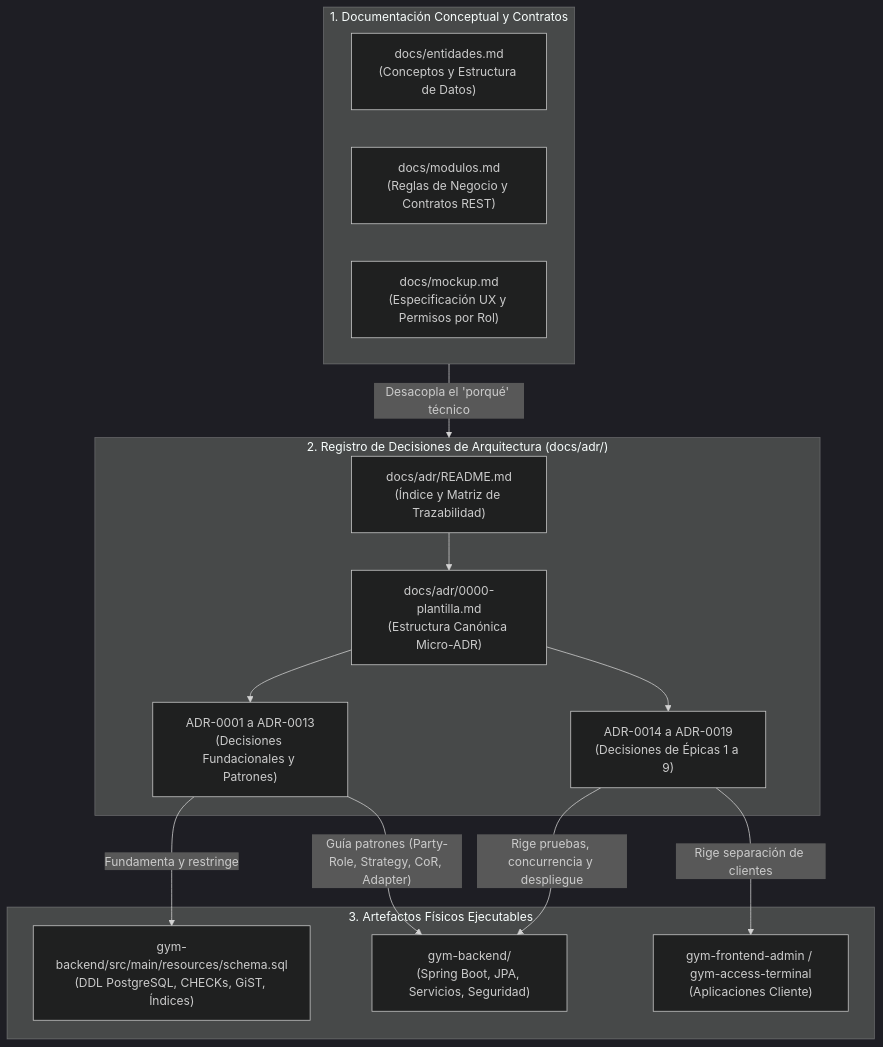
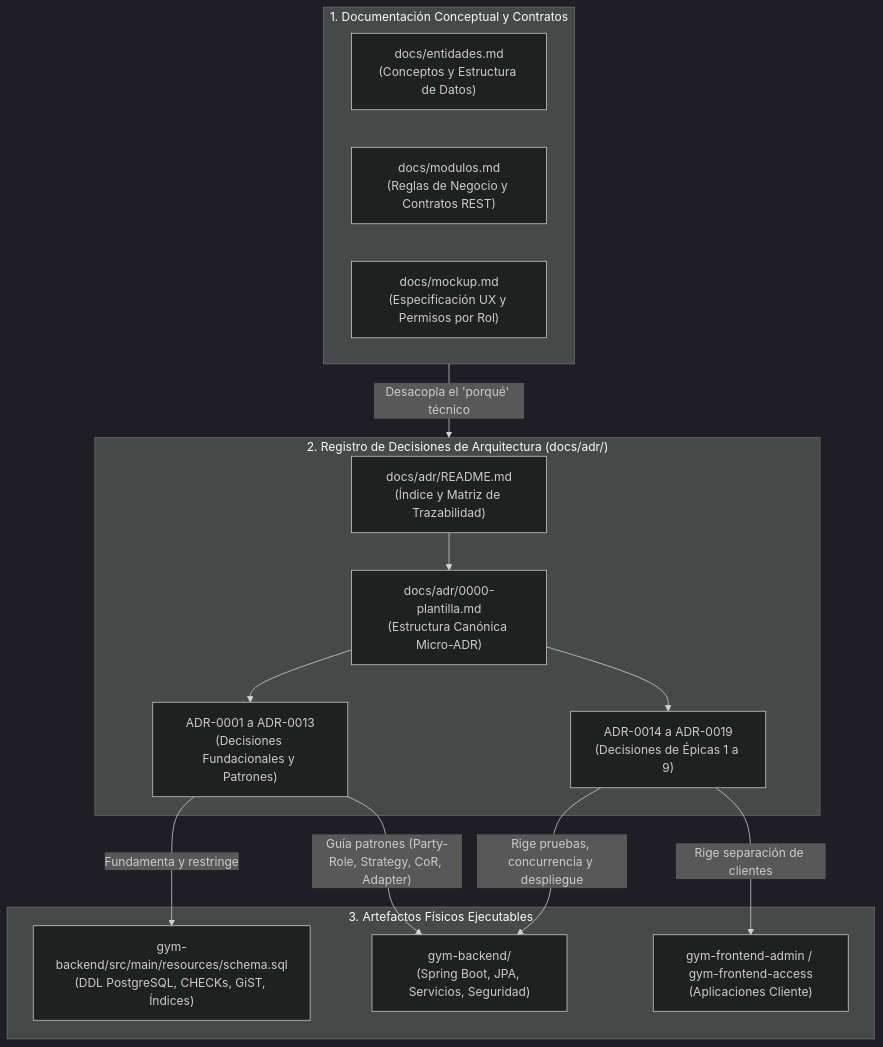
One commit to santiagovOK/TFI_grupo144 changed the diagram in docs/adr/ADR-0001-registro-decisiones-arquitectura-micro-adrs.md. Above: the diagram before and after it, drawn with Mermaid (dark theme). The commit also changed other lines of this file and 8 other files, not shown here.

Commit message:
docs(adr): clarify decision guarantees and planned architecture records

````diff
--- a/docs/adr/ADR-0001-registro-decisiones-arquitectura-micro-adrs.md
+++ b/docs/adr/ADR-0001-registro-decisiones-arquitectura-micro-adrs.md
@@ -39,30 +39,30 @@
 ```mermaid
 flowchart TB
     subgraph Dominio["1. Documentación Conceptual y Contratos"]
         ENT["docs/entidades.md<br/>(Conceptos y Estructura de Datos)"]
         MOD["docs/modulos.md<br/>(Reglas de Negocio y Contratos REST)"]
         MOCK["docs/mockup.md<br/>(Especificación UX y Permisos por Rol)"]
     end
 
     subgraph ADRs["2. Registro de Decisiones de Arquitectura (docs/adr/)"]
         README["docs/adr/README.md<br/>(Índice y Matriz de Trazabilidad)"]
         TPL["docs/adr/0000-plantilla.md<br/>(Estructura Canónica Micro-ADR)"]
         CORE["ADR-0001 a ADR-0013<br/>(Decisiones Fundacionales y Patrones)"]
         FUT["ADR-0014 a ADR-0019<br/>(Decisiones de Épicas 1 a 9)"]
     end
 
     subgraph Implementacion["3. Artefactos Físicos Ejecutables"]
         SQL["gym-backend/src/main/resources/schema.sql<br/>(DDL PostgreSQL, CHECKs, GiST, Índices)"]
         BACK["gym-backend/<br/>(Spring Boot, JPA, Servicios, Seguridad)"]
-        FRONT["gym-frontend-admin / gym-access-terminal<br/>(Aplicaciones Cliente)"]
+        FRONT["gym-frontend-admin / gym-frontend-access<br/>(Aplicaciones Cliente)"]
     end
 
     Dominio -->|"Desacopla el 'porqué' técnico"| ADRs
     README --> TPL
     TPL --> CORE
     TPL --> FUT
     CORE -->|"Fundamenta y restringe"| SQL
     CORE -->|"Guía patrones (Party-Role, Strategy, CoR, Adapter)"| BACK
     FUT -->|"Rige pruebas, concurrencia y despliegue"| BACK
     FUT -->|"Rige separación de clientes"| FRONT
 ```
````
